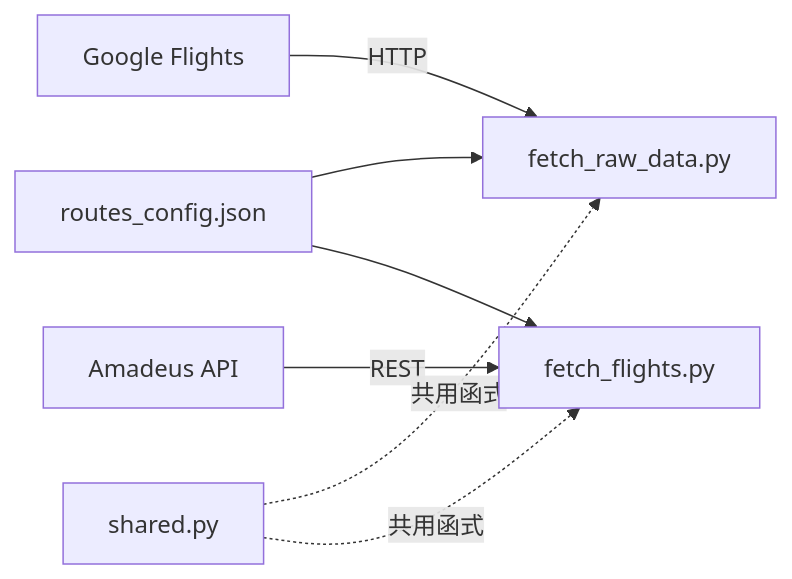
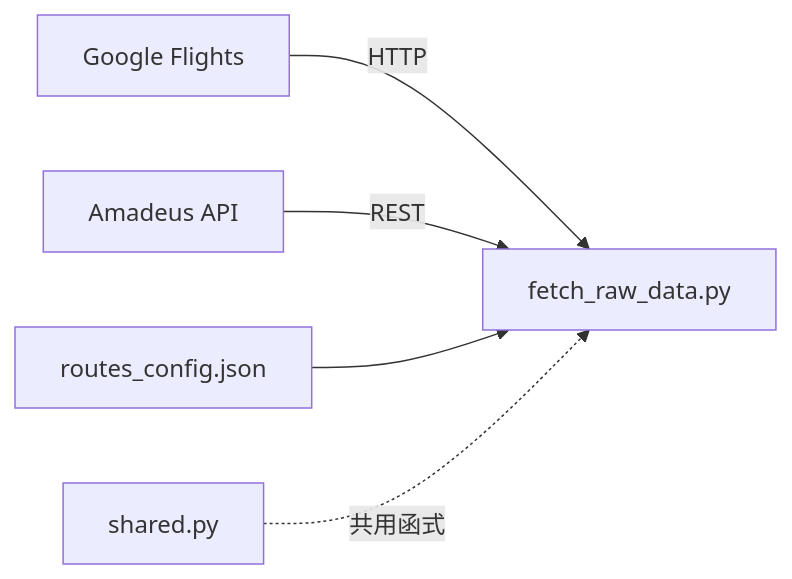
One commit to YuHaoLiaoSideProject/flight-radar changed the first of 7 diagrams in docs/architecture.md. Above: the diagram before and after it, drawn with Mermaid. The commit also changed other lines of this file and 15 other files, not shown here.

````diff
--- a/docs/architecture.md
+++ b/docs/architecture.md
@@ -9,9 +9,7 @@
 ```mermaid
 graph LR
     GF[Google Flights] -->|HTTP| FRD[fetch_raw_data.py]
-    AMA[Amadeus API] -->|REST| FF[fetch_flights.py]
+    AMA[Amadeus API] -->|REST| FRD
     RC[routes_config.json] --> FRD
-    RC --> FF
     SH[shared.py] -.->|共用函式| FRD
-    SH -.->|共用函式| FF
 ```
````
